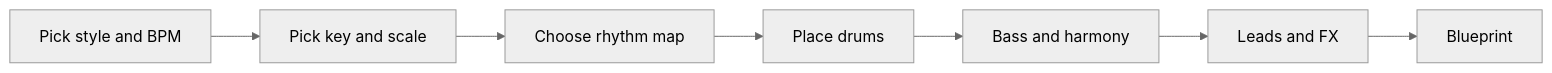
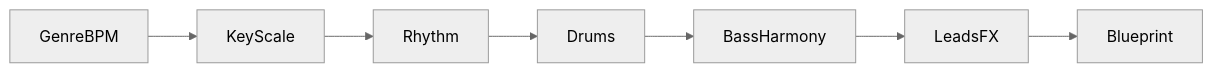
Before and after one commit to LuisSanchez/music-arena: the second of 3 diagrams in docs/how-to.md, drawn with Mermaid (neutral theme). The commit also changed other lines of this file, not shown here.

First line of the commit message:
Fix Mermaid pipeline diagram reserved-word parse error

````diff
--- a/docs/how-to.md
+++ b/docs/how-to.md
@@ -63,9 +56,9 @@
 ```mermaid
 graph LR
-  A[Pick style and BPM] --> B[Pick key and scale]
-  B --> C[Choose rhythm map]
-  C --> D[Place drums]
-  D --> E[Bass and harmony]
-  E --> F[Leads and FX]
+  A[GenreBPM] --> B[KeyScale]
+  B --> C[Rhythm]
+  C --> D[Drums]
+  D --> E[BassHarmony]
+  E --> F[LeadsFX]
   F --> G[Blueprint]
 ```
````
